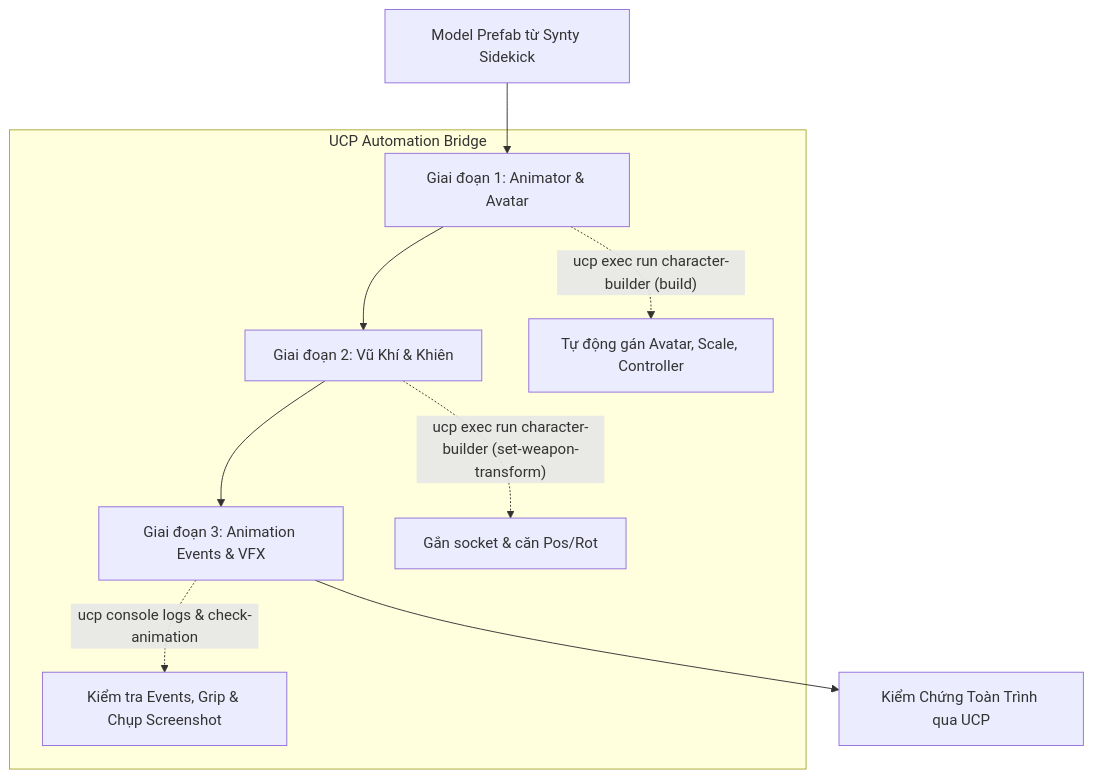
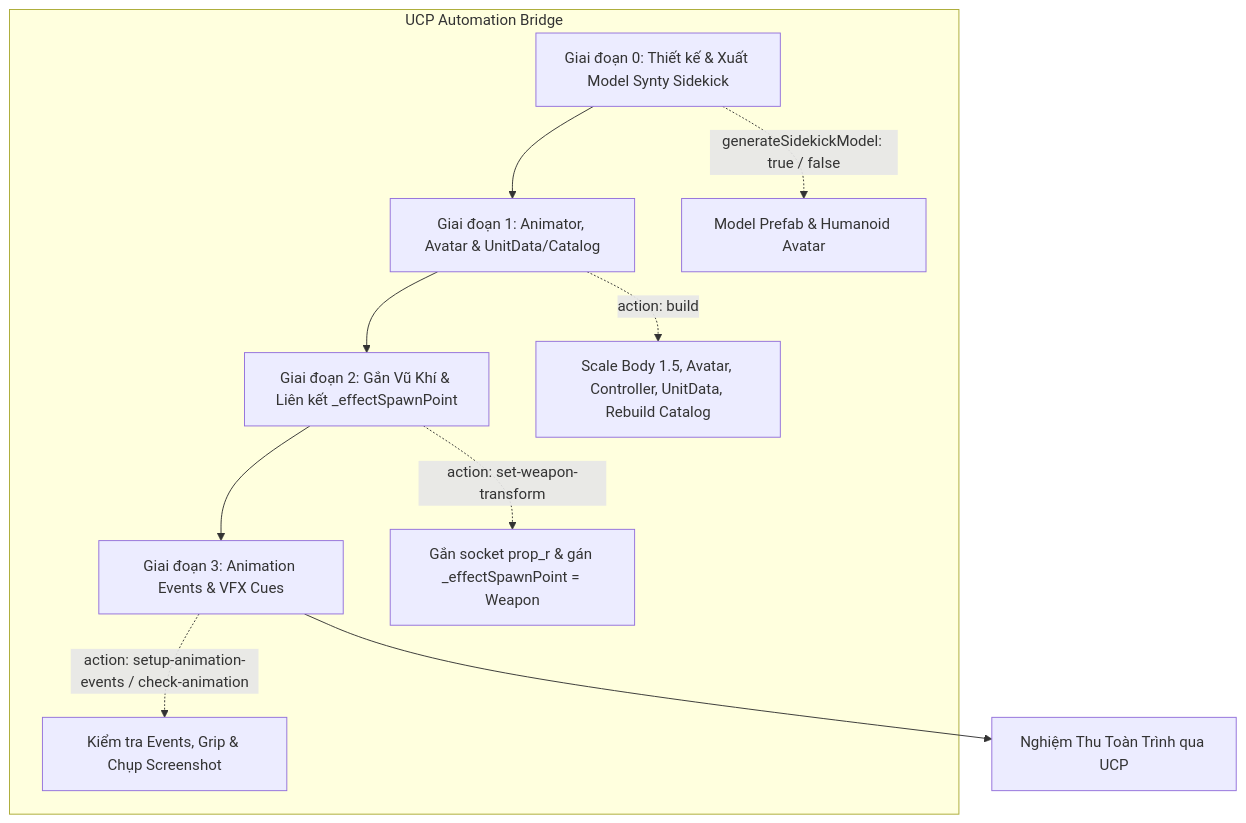
The diagram in Assets/Docs/Workflow/Character_Animation_Weapon_Setup_Workflow.md (manhtruong594/turnbased_2025), drawn with Mermaid before and after one commit. The commit also changed other lines of this file and 7 other files, not shown here.

````diff
--- a/Assets/Docs/Workflow/Character_Animation_Weapon_Setup_Workflow.md
+++ b/Assets/Docs/Workflow/Character_Animation_Weapon_Setup_Workflow.md
@@ -16,13 +14,14 @@
 ```mermaid
 graph TD
-    A["Model Prefab từ Synty Sidekick"] --> B["Giai đoạn 1: Animator & Avatar"]
-    B --> C["Giai đoạn 2: Vũ Khí & Khiên"]
-    C --> D["Giai đoạn 3: Animation Events & VFX"]
-    D --> E["Kiểm Chứng Toàn Trình qua UCP"]
+    A["Giai đoạn 0: Thiết kế & Xuất Model Synty Sidekick"] --> B["Giai đoạn 1: Animator, Avatar & UnitData/Catalog"]
+    B --> C["Giai đoạn 2: Gắn Vũ Khí & Liên kết _effectSpawnPoint"]
+    C --> D["Giai đoạn 3: Animation Events & VFX Cues"]
+    D --> E["Nghiệm Thu Toàn Trình qua UCP"]
 
     subgraph UCP Automation Bridge
-        B -.->|"ucp exec run character-builder (build)"| U1["Tự động gán Avatar, Scale, Controller"]
-        C -.->|"ucp exec run character-builder (set-weapon-transform)"| U2["Gắn socket & căn Pos/Rot"]
-        D -.->|"ucp console logs & check-animation"| U3["Kiểm tra Events, Grip & Chụp Screenshot"]
+        A -.->|"generateSidekickModel: true / false"| U0["Model Prefab & Humanoid Avatar"]
+        B -.->|"action: build"| U1["Scale Body 1.5, Avatar, Controller, UnitData, Rebuild Catalog"]
+        C -.->|"action: set-weapon-transform"| U2["Gắn socket prop_r & gán _effectSpawnPoint = Weapon"]
+        D -.->|"action: setup-animation-events / check-animation"| U3["Kiểm tra Events, Grip & Chụp Screenshot"]
     end
 ```
````
